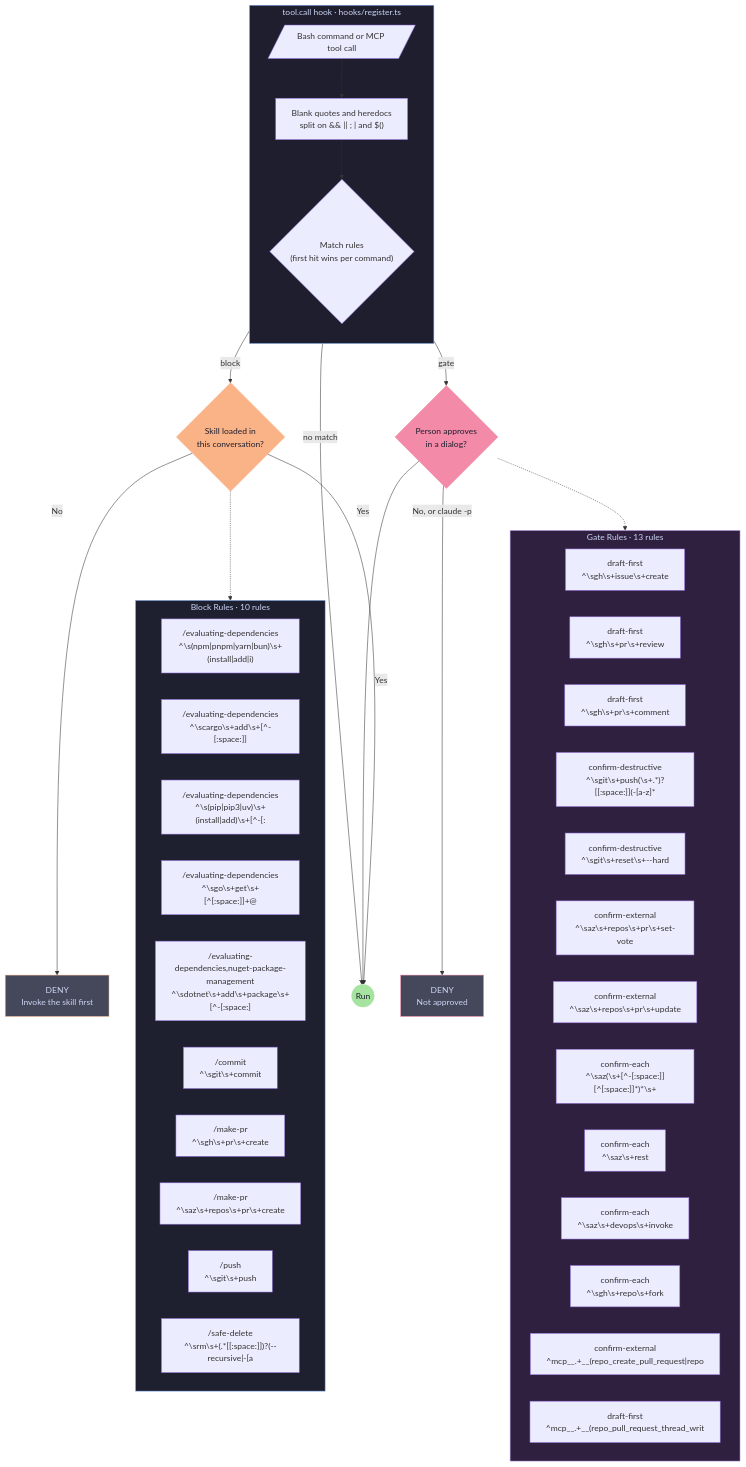
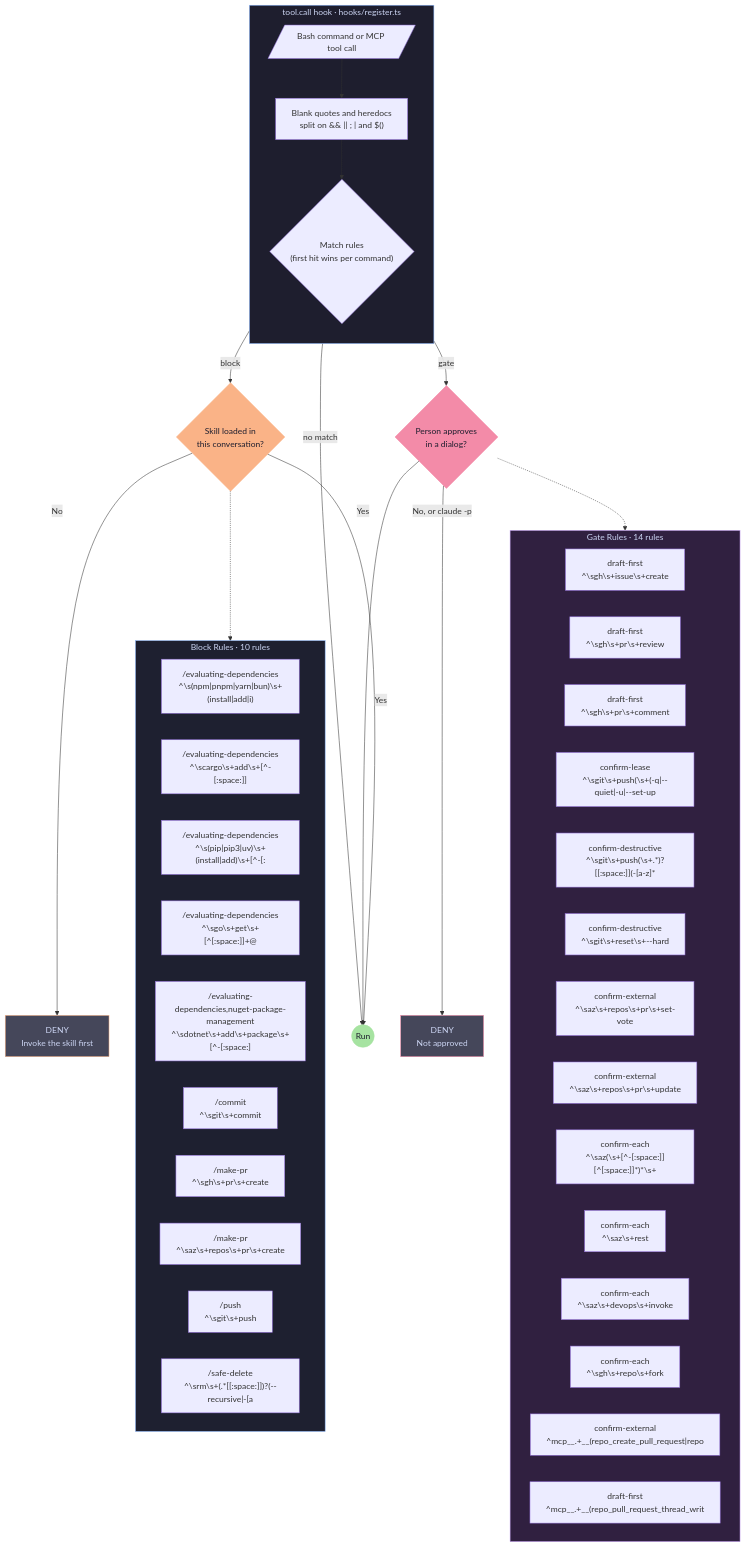
The diagram in plugins/skill-router/diagrams/hook-flow.mmd (Saturate/agents), drawn with Mermaid before and after one commit. The commit also changed 11 other files, not shown here.

First line of the commit message:
feat(skill-router): let a lease push to a feature branch be allowed, and name the gated command (#23)

```diff
--- a/plugins/skill-router/diagrams/hook-flow.mmd
+++ b/plugins/skill-router/diagrams/hook-flow.mmd
@@ -1,66 +1,67 @@
 %% Auto-generated from advisor-rules.conf — do not edit by hand
 %% Regenerate: bash plugins/skill-router/scripts/generate-diagrams.sh
 flowchart TB
     subgraph hook["tool.call hook · hooks/register.ts"]
         direction TB
         CMD[/"Bash command or MCP tool call"/]
         NORM["Blank quotes and heredocs\nsplit on && || ; | and $()"]
         MATCH{"Match rules\n(first hit wins per command)"}
 
         CMD --> NORM --> MATCH
     end
 
     LOADED{"Skill loaded in\nthis conversation?"}
     ASK{"Person approves\nin a dialog?"}
     DENY1["DENY\nInvoke the skill first"]
     DENY2["DENY\nNot approved"]
     PASS(("Run"))
 
     MATCH -->|"block"| LOADED
     MATCH -->|"gate"| ASK
     MATCH -->|"no match"| PASS
     LOADED -->|"Yes"| PASS
     LOADED -->|"No"| DENY1
     ASK -->|"Yes"| PASS
     ASK -->|"No, or claude -p"| DENY2
 
-    subgraph gates["Gate Rules · 13 rules"]
+    subgraph gates["Gate Rules · 14 rules"]
         G1["draft-first\n^\sgh\s+issue\s+create"]
         G2["draft-first\n^\sgh\s+pr\s+review"]
         G3["draft-first\n^\sgh\s+pr\s+comment"]
-        G4["confirm-destructive\n^\sgit\s+push(\s+.*)?[[:space:]](-[a-z]*"]
-        G5["confirm-destructive\n^\sgit\s+reset\s+--hard"]
-        G6["confirm-external\n^\saz\s+repos\s+pr\s+set-vote"]
-        G7["confirm-external\n^\saz\s+repos\s+pr\s+update"]
-        G8["confirm-each\n^\saz(\s+[^-[:space:]][^[:space:]]*)*\s+"]
-        G9["confirm-each\n^\saz\s+rest"]
-        G10["confirm-each\n^\saz\s+devops\s+invoke"]
-        G11["confirm-each\n^\sgh\s+repo\s+fork"]
-        G12["confirm-external\n^mcp__.+__(repo_create_pull_request|repo"]
-        G13["draft-first\n^mcp__.+__(repo_pull_request_thread_writ"]
+        G4["confirm-lease\n^\sgit\s+push(\s+(-q|--quiet|-u|--set-up"]
+        G5["confirm-destructive\n^\sgit\s+push(\s+.*)?[[:space:]](-[a-z]*"]
+        G6["confirm-destructive\n^\sgit\s+reset\s+--hard"]
+        G7["confirm-external\n^\saz\s+repos\s+pr\s+set-vote"]
+        G8["confirm-external\n^\saz\s+repos\s+pr\s+update"]
+        G9["confirm-each\n^\saz(\s+[^-[:space:]][^[:space:]]*)*\s+"]
+        G10["confirm-each\n^\saz\s+rest"]
+        G11["confirm-each\n^\saz\s+devops\s+invoke"]
+        G12["confirm-each\n^\sgh\s+repo\s+fork"]
+        G13["confirm-external\n^mcp__.+__(repo_create_pull_request|repo"]
+        G14["draft-first\n^mcp__.+__(repo_pull_request_thread_writ"]
     end
 
     subgraph blocks["Block Rules · 10 rules"]
         B1["/evaluating-dependencies\n^\s(npm|pnpm|yarn|bun)\s+(install|add|i)"]
         B2["/evaluating-dependencies\n^\scargo\s+add\s+[^-[:space:]]"]
         B3["/evaluating-dependencies\n^\s(pip|pip3|uv)\s+(install|add)\s+[^-[:"]
         B4["/evaluating-dependencies\n^\sgo\s+get\s+[^[:space:]]+@"]
         B5["/evaluating-dependencies,nuget-package-management\n^\sdotnet\s+add\s+package\s+[^-[:space:]"]
         B6["/commit\n^\sgit\s+commit"]
         B7["/make-pr\n^\sgh\s+pr\s+create"]
         B8["/make-pr\n^\saz\s+repos\s+pr\s+create"]
         B9["/push\n^\sgit\s+push"]
         B10["/safe-delete\n^\srm\s+(.*[[:space:]])?(--recursive|-[a"]
     end
 
     ASK -.-> gates
     LOADED -.-> blocks
 
     style hook fill:#1e1e2e,stroke:#89b4fa,color:#cdd6f4
     style ASK fill:#f38ba8,stroke:#f38ba8,color:#1e1e2e
     style LOADED fill:#fab387,stroke:#fab387,color:#1e1e2e
     style DENY1 fill:#45475a,stroke:#fab387,color:#cdd6f4
     style DENY2 fill:#45475a,stroke:#f38ba8,color:#cdd6f4
     style PASS fill:#a6e3a1,stroke:#a6e3a1,color:#1e1e2e
     style gates fill:#302040,stroke:#cba6f7,color:#cdd6f4
     style blocks fill:#1e2030,stroke:#89b4fa,color:#cdd6f4
```
